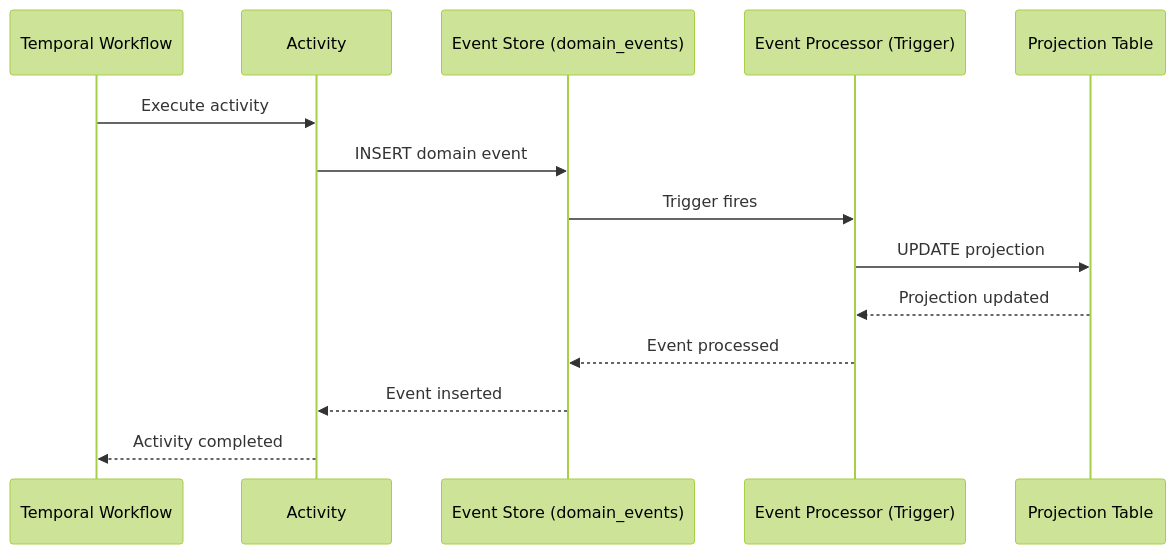
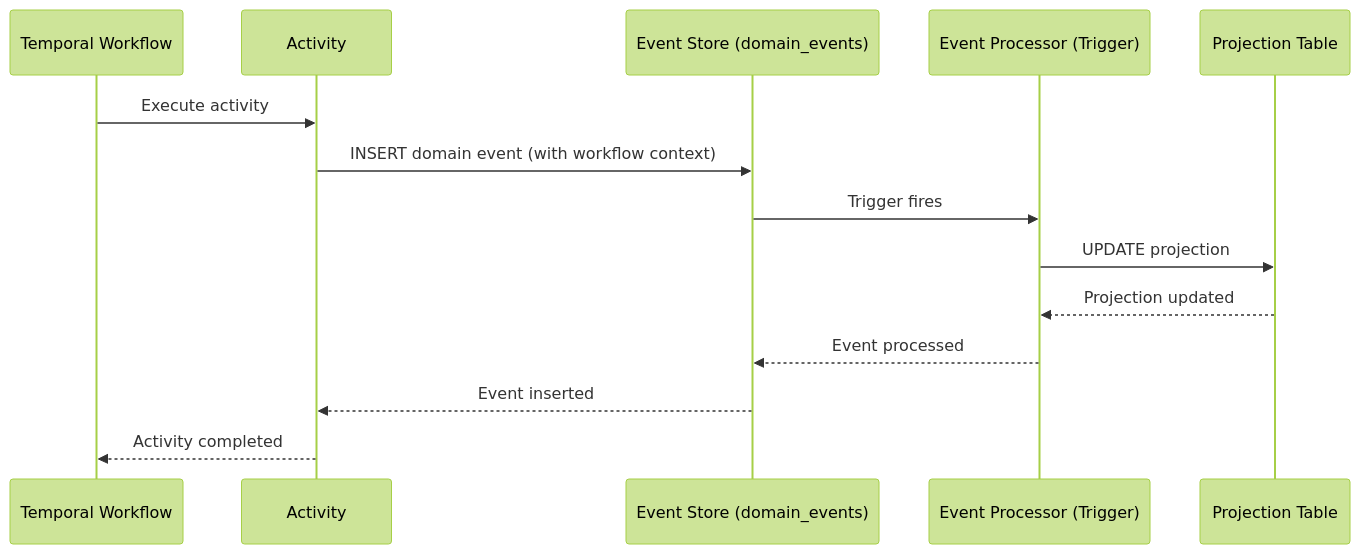
Before and after one commit to Analytics4Change/A4C-AppSuite: the third of 3 diagrams in documentation/architecture/workflows/temporal-overview.md, drawn with Mermaid (forest theme). The commit also changed other lines of this file and 16 other files, not shown here.

First line of the commit message:
feat(workflows): Implement event-driven workflow triggering (Phase 6)

````diff
--- a/documentation/architecture/workflows/temporal-overview.md
+++ b/documentation/architecture/workflows/temporal-overview.md
@@ -389,17 +438,17 @@
 ```mermaid
 sequenceDiagram
     participant WF as Temporal Workflow
     participant Act as Activity
     participant ES as Event Store (domain_events)
     participant EP as Event Processor (Trigger)
     participant Proj as Projection Table
 
     WF->>Act: Execute activity
-    Act->>ES: INSERT domain event
+    Act->>ES: INSERT domain event (with workflow context)
     ES->>EP: Trigger fires
     EP->>Proj: UPDATE projection
     Proj-->>EP: Projection updated
     EP-->>ES: Event processed
     ES-->>Act: Event inserted
     Act-->>WF: Activity completed
 ```
````
